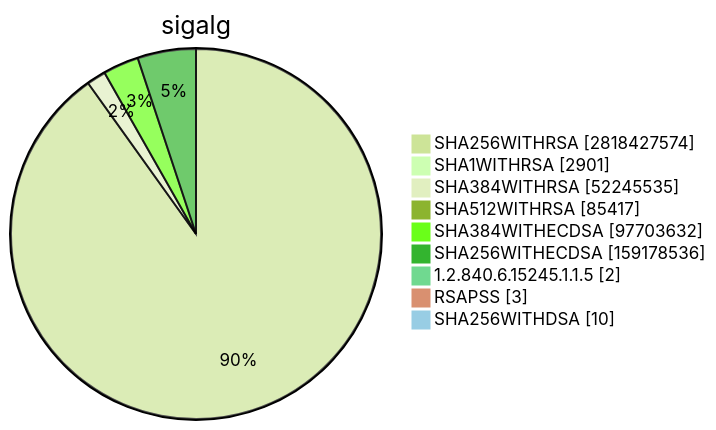
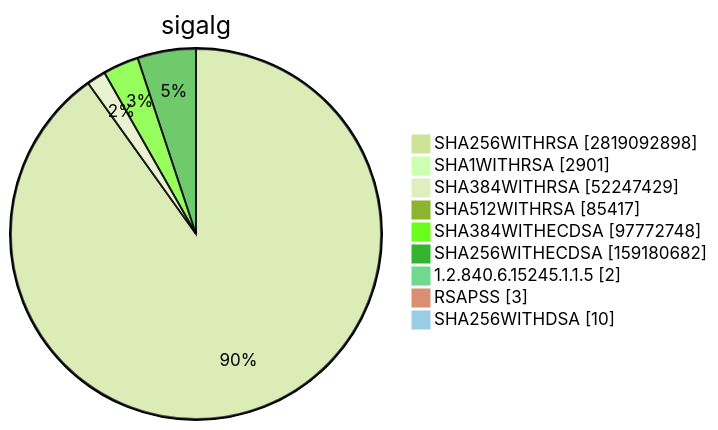
Diagram 15 of 15 in TOTAL/README.md (christiankrug/ctmonitor_visualization), drawn with Mermaid (forest theme) before and after one commit. The commit also changed other lines of this file, not shown here.

````diff
--- a/TOTAL/README.md
+++ b/TOTAL/README.md
@@ -6205,13 +6205,13 @@
 ```mermaid
 pie showData
 title sigalg
-"SHA256WITHRSA" :2818427574
+"SHA256WITHRSA" :2819092898
 "SHA1WITHRSA" :2901
-"SHA384WITHRSA" :52245535
+"SHA384WITHRSA" :52247429
 "SHA512WITHRSA" :85417
-"SHA384WITHECDSA" :97703632
-"SHA256WITHECDSA" :159178536
+"SHA384WITHECDSA" :97772748
+"SHA256WITHECDSA" :159180682
 "1.2.840.6.15245.1.1.5" :2
 "RSAPSS" :3
 "SHA256WITHDSA" :10
 ```
````
